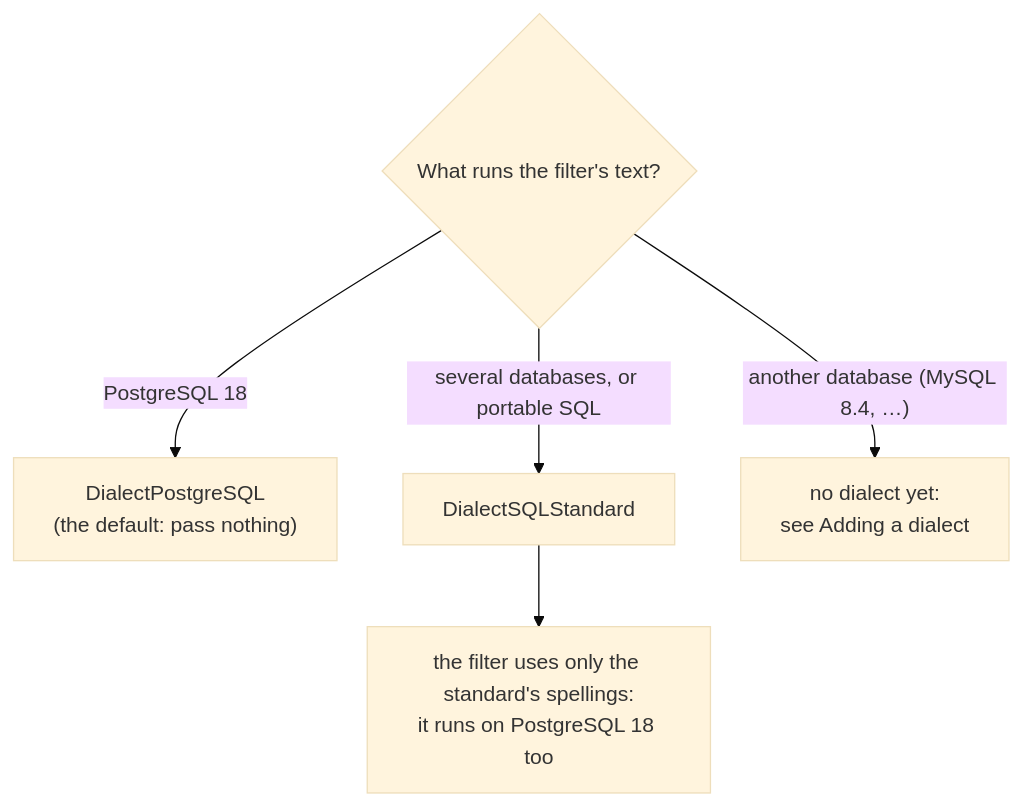
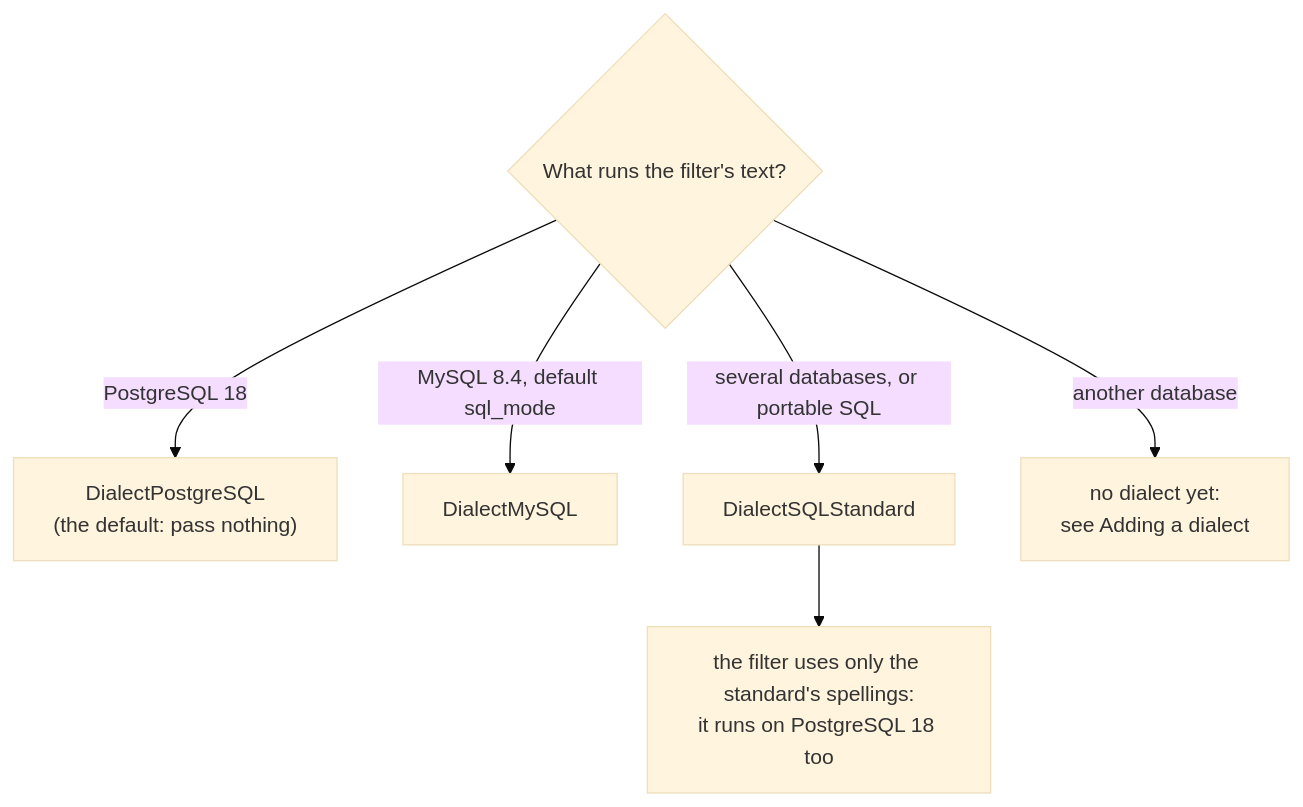
Before and after one commit to slashdevops/qfv: the second of 4 diagrams in docs/dialects.md, drawn with Mermaid (base theme). The commit also changed other lines of this file and 14 other files, not shown here.

````diff
--- a/docs/dialects.md
+++ b/docs/dialects.md
@@ -41,8 +82,9 @@
 ```mermaid
 flowchart TD
     Q{"What runs the filter's text?"}
     Q -->|"PostgreSQL 18"| PG["DialectPostgreSQL<br/>(the default: pass nothing)"]
+    Q -->|"MySQL 8.4, default sql_mode"| MY["DialectMySQL"]
     Q -->|"several databases, or portable SQL"| STD["DialectSQLStandard"]
-    Q -->|"another database (MySQL 8.4, …)"| NONE["no dialect yet:<br/>see Adding a dialect"]
+    Q -->|"another database"| NONE["no dialect yet:<br/>see Adding a dialect"]
     STD --> NOTE["the filter uses only the standard's spellings:<br/>it runs on PostgreSQL 18 too"]
 ```
````
